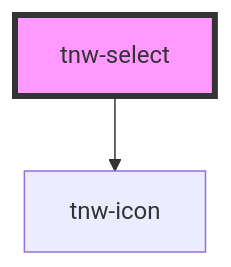
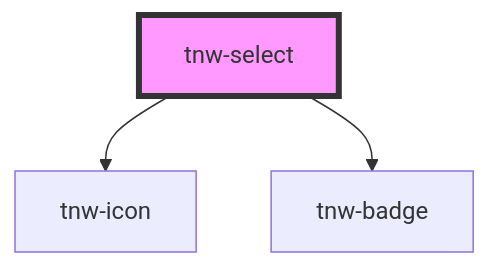
Before and after one commit to technway/technway-component-library: the diagram in packages/stencil-library/src/components/tnw-select/readme.md, drawn with Mermaid. The commit also changed other lines of this file and 50 other files, not shown here.

First line of the commit message:
feat(tnw-select, tnw-badge, tnw-icon): enhance components and improve tests

````diff
--- a/packages/stencil-library/src/components/tnw-select/readme.md
+++ b/packages/stencil-library/src/components/tnw-select/readme.md
@@ -55,5 +93,6 @@
 ```mermaid
 graph TD;
   tnw-select --> tnw-icon
+  tnw-select --> tnw-badge
   style tnw-select fill:#f9f,stroke:#333,stroke-width:4px
 ```
````
